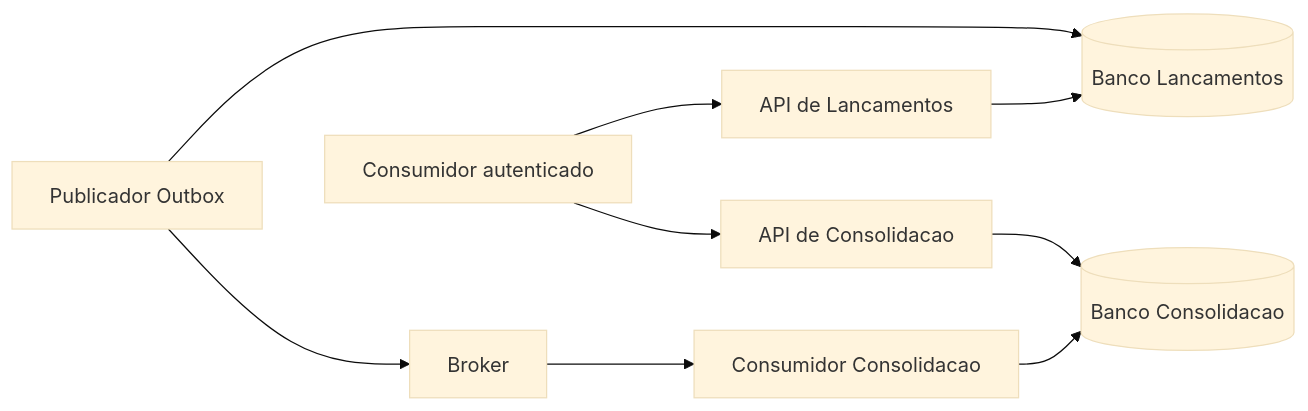
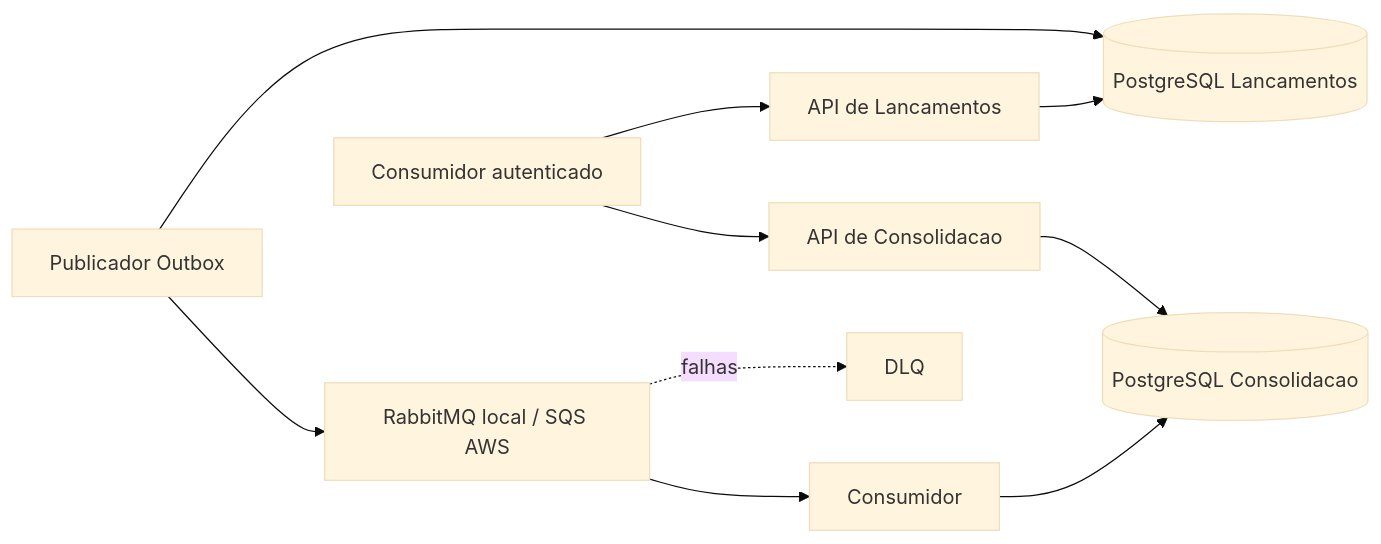
The diagram in docs/03-arquitetura-solucao/das.md (ThiagoFerraciolli/cash-flow-architecture), drawn with Mermaid (base theme) before and after one commit. The commit also changed other lines of this file, not shown here.

````diff
--- a/docs/03-arquitetura-solucao/das.md
+++ b/docs/03-arquitetura-solucao/das.md
@@ -13,11 +13,12 @@
 ```mermaid
 flowchart LR
     U[Consumidor autenticado] --> TA[API de Lancamentos]
+    TA --> TDB[(PostgreSQL Lancamentos)]
+    TW[Publicador Outbox] --> TDB
+    TW --> Q[RabbitMQ local / SQS AWS]
+    Q --> CW[Consumidor]
+    CW --> CDB[(PostgreSQL Consolidacao)]
     U --> CA[API de Consolidacao]
-    TA --> TDB[(Banco Lancamentos)]
-    TW[Publicador Outbox] --> TDB
-    TW --> Q[Broker]
-    Q --> CW[Consumidor Consolidacao]
-    CW --> CDB[(Banco Consolidacao)]
     CA --> CDB
+    Q -. falhas .-> D[DLQ]
 ```
````
